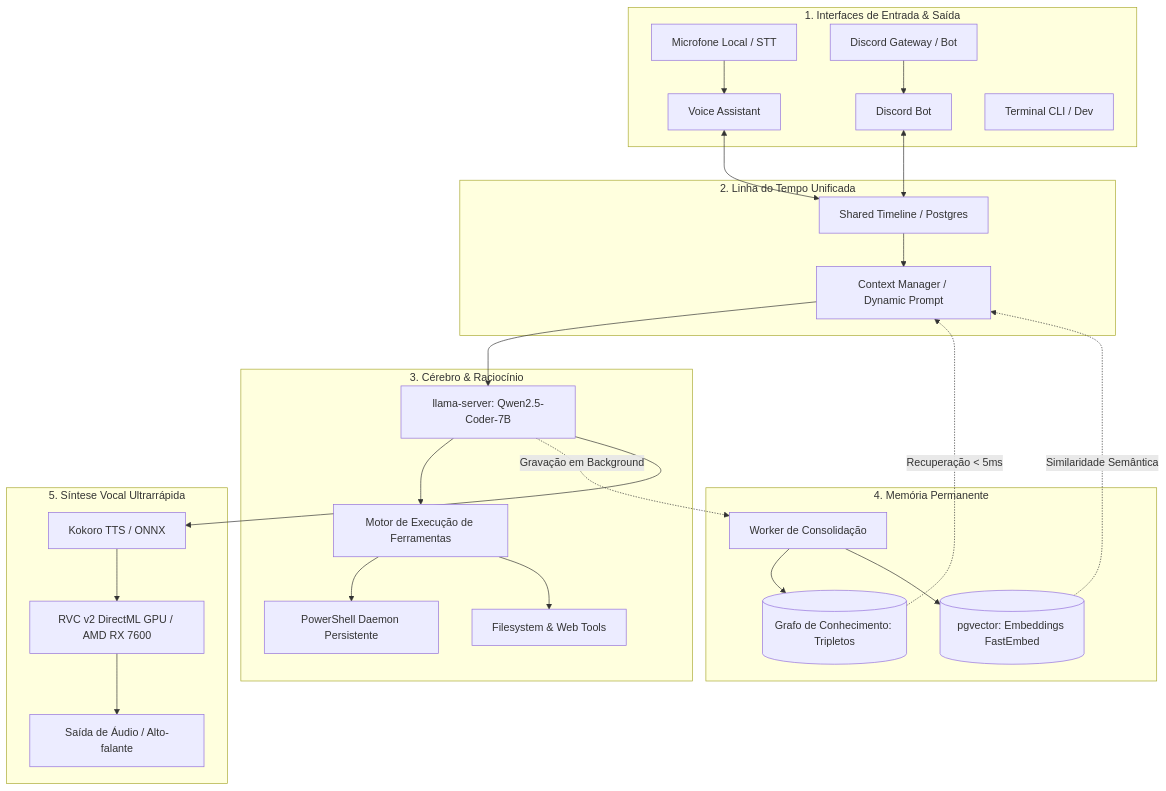
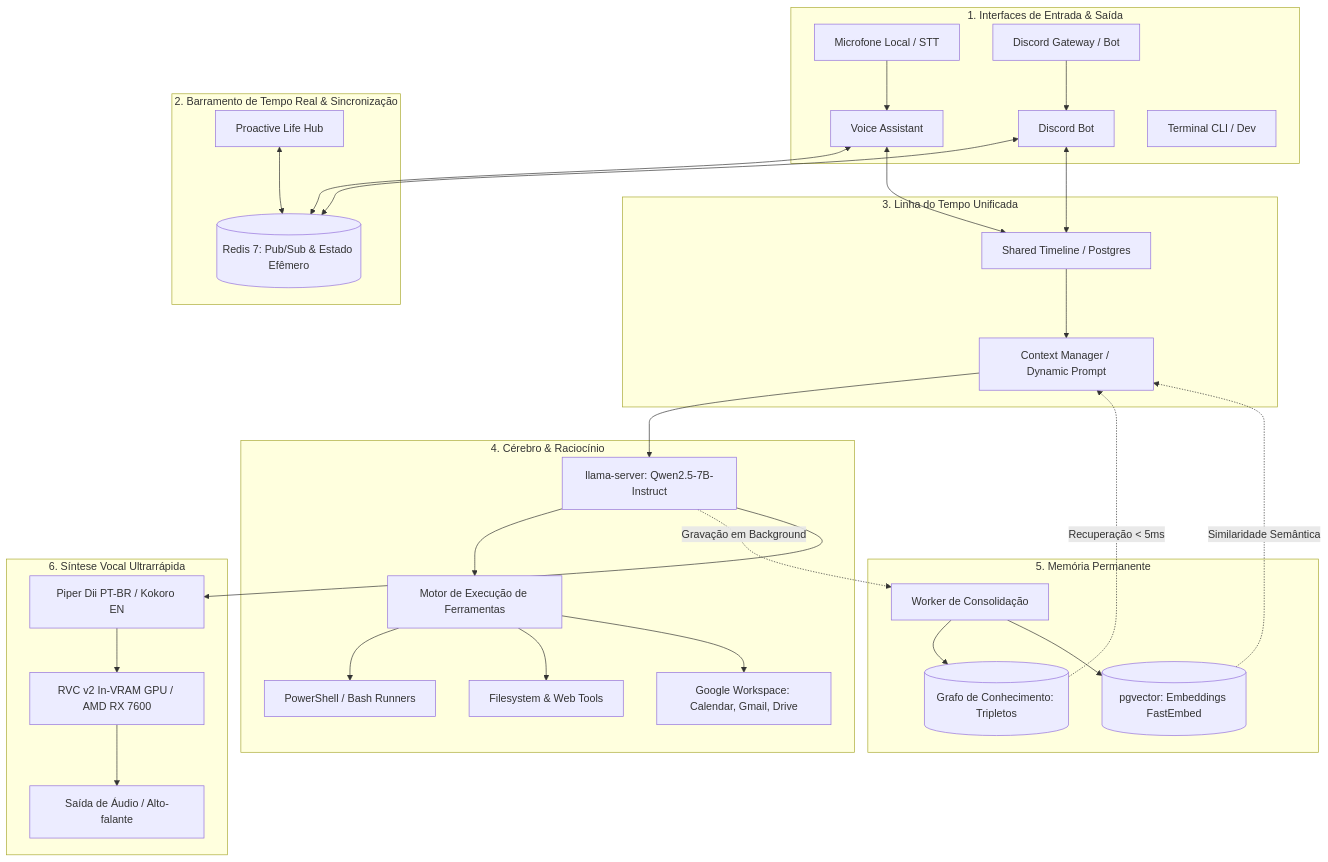
Before and after one commit to GalafassiNAT/Aigis-Assistant: the diagram in docs/ARCHITECTURE.md, drawn with Mermaid. The commit also changed other lines of this file and 4 other files, not shown here.

Commit message:
docs: update architecture, operation guides, and readme with Google Workspace hub and Redis event bus

````diff
--- a/docs/ARCHITECTURE.md
+++ b/docs/ARCHITECTURE.md
@@ -11,35 +11,43 @@
 ```mermaid
 flowchart TD
     subgraph Interfaces ["1. Interfaces de Entrada & Saída"]
         MIC[Microfone Local / STT] --> VA[Voice Assistant]
         DISC[Discord Gateway / Bot] --> DB[Discord Bot]
         CLI[Terminal CLI / Dev]
     end
 
-    subgraph Timeline ["2. Linha do Tempo Unificada"]
+    subgraph Bus ["2. Barramento de Tempo Real & Sincronização"]
+        REDIS[(Redis 7: Pub/Sub & Estado Efêmero)]
+        VA <--> REDIS
+        DB <--> REDIS
+        PH[Proactive Life Hub] <--> REDIS
+    end
+
+    subgraph Timeline ["3. Linha do Tempo Unificada"]
         VA <--> ST[Shared Timeline / Postgres]
         DB <--> ST
         ST --> Ctx[Context Manager / Dynamic Prompt]
     end
 
-    subgraph Cognicao ["3. Cérebro & Raciocínio"]
-        Ctx --> LLM[llama-server: Qwen2.5-Coder-7B]
+    subgraph Cognicao ["4. Cérebro & Raciocínio"]
+        Ctx --> LLM[llama-server: Qwen2.5-7B-Instruct]
         LLM --> Tools[Motor de Execução de Ferramentas]
-        Tools --> PS[PowerShell Daemon Persistente]
+        Tools --> PS[PowerShell / Bash Runners]
         Tools --> FS[Filesystem & Web Tools]
+        Tools --> GSuite[Google Workspace: Calendar, Gmail, Drive]
     end
 
-    subgraph Memoria ["4. Memória Permanente"]
+    subgraph Memoria ["5. Memória Permanente"]
         LLM -. Gravação em Background .-> MW[Worker de Consolidação]
         MW --> KG[(Grafo de Conhecimento: Tripletos)]
         MW --> VEC[(pgvector: Embeddings FastEmbed)]
         KG -. Recuperação < 5ms .-> Ctx
         VEC -. Similaridade Semântica .-> Ctx
     end
 
-    subgraph Voz ["5. Síntese Vocal Ultrarrápida"]
-        LLM --> TTS[Kokoro TTS / ONNX]
-        TTS --> RVC[RVC v2 DirectML GPU / AMD RX 7600]
+    subgraph Voz ["6. Síntese Vocal Ultrarrápida"]
+        LLM --> TTS[Piper Dii PT-BR / Kokoro EN]
+        TTS --> RVC[RVC v2 In-VRAM GPU / AMD RX 7600]
         RVC --> AudioOut[Saída de Áudio / Alto-falante]
     end
 ```
````
